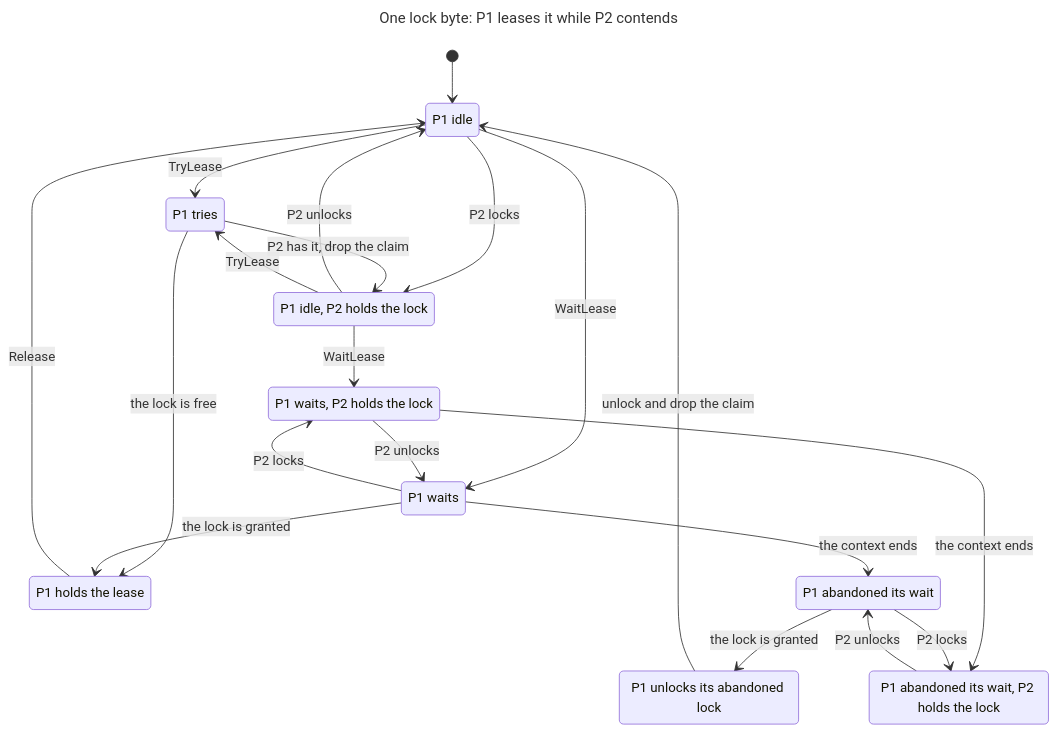
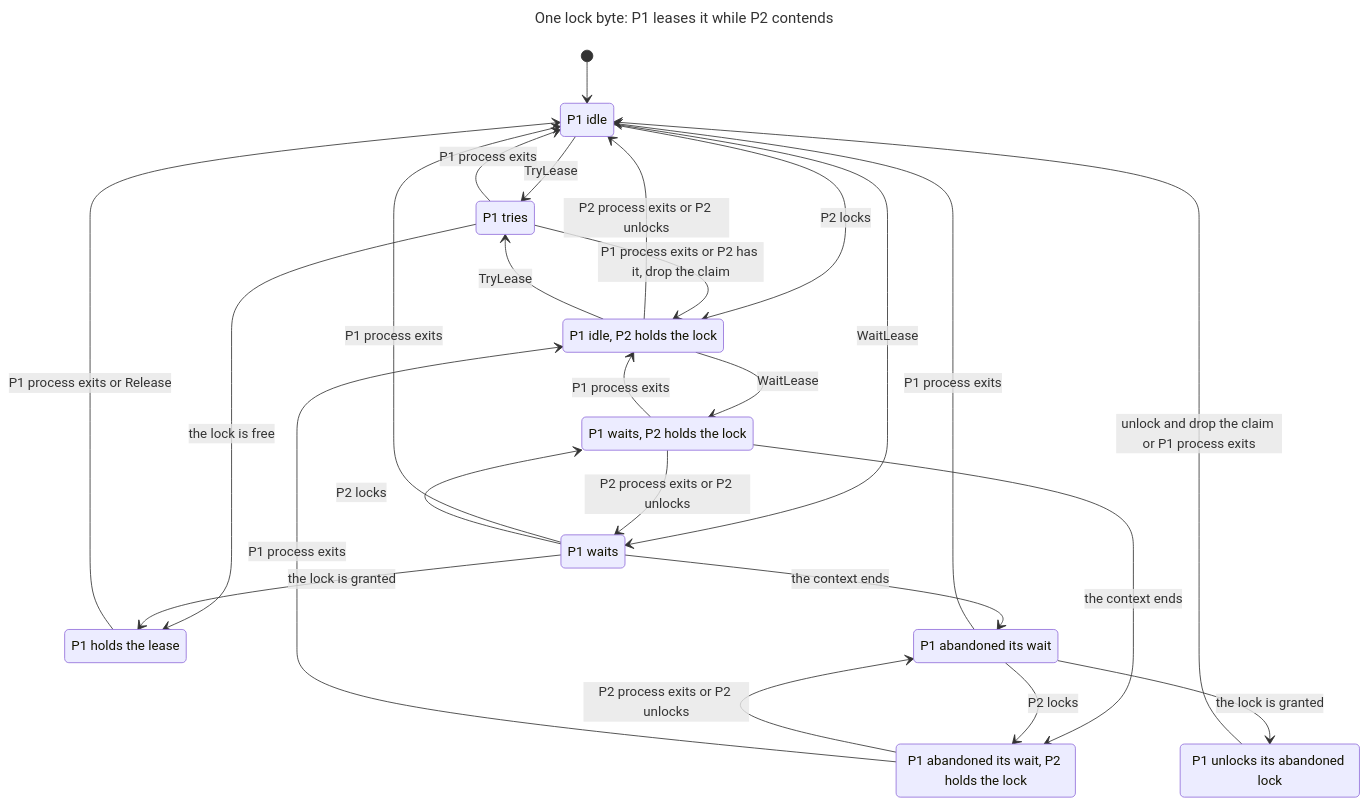
One commit to ddkesports/spacewave changed the diagram in db/s4db/Lease.chart.mmd. Above: the diagram before and after it, drawn with Mermaid. The commit also changed 16 other files, not shown here.

```diff
--- a/db/s4db/Lease.chart.mmd
+++ b/db/s4db/Lease.chart.mmd
@@ -1,32 +1,37 @@
 ---
 title: "One lock byte: P1 leases it while P2 contends"
 ---
 stateDiagram-v2
   s0: P1 idle
   s1: P1 tries
   s2: P1 waits
   s3: P1 holds the lease
   s4: P1 abandoned its wait
   s5: P1 idle, P2 holds the lock
   s6: P1 unlocks its abandoned lock
   s7: P1 waits, P2 holds the lock
   s8: P1 abandoned its wait, P2 holds the lock
   [*] --> s0
   s0 --> s1: TryLease
   s0 --> s2: WaitLease
+  s1 --> s0: P1 process exits
   s1 --> s3: the lock is free
+  s2 --> s0: P1 process exits
   s2 --> s3: the lock is granted
   s2 --> s4: the context ends
   s0 --> s5: P2 locks
-  s3 --> s0: Release
+  s3 --> s0: P1 process exits or Release
+  s4 --> s0: P1 process exits
   s4 --> s6: the lock is granted
   s2 --> s7: P2 locks
-  s5 --> s0: P2 unlocks
+  s5 --> s0: P2 process exits or P2 unlocks
   s5 --> s1: TryLease
   s5 --> s7: WaitLease
-  s6 --> s0: unlock and drop the claim
-  s1 --> s5: P2 has it, drop the claim
-  s7 --> s2: P2 unlocks
+  s6 --> s0: unlock and drop the claim or P1 process exits
+  s1 --> s5: P1 process exits or P2 has it, drop the claim
+  s7 --> s2: P2 process exits or P2 unlocks
+  s7 --> s5: P1 process exits
   s7 --> s8: the context ends
   s4 --> s8: P2 locks
-  s8 --> s4: P2 unlocks
+  s8 --> s4: P2 process exits or P2 unlocks
+  s8 --> s5: P1 process exits
```
